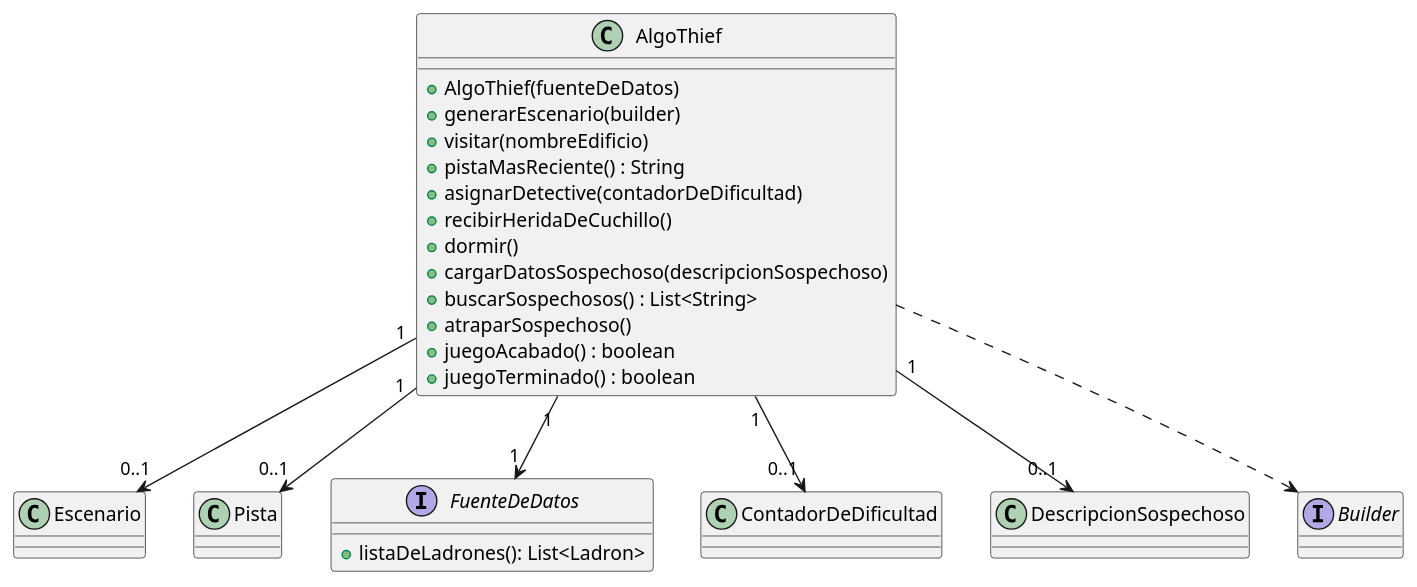
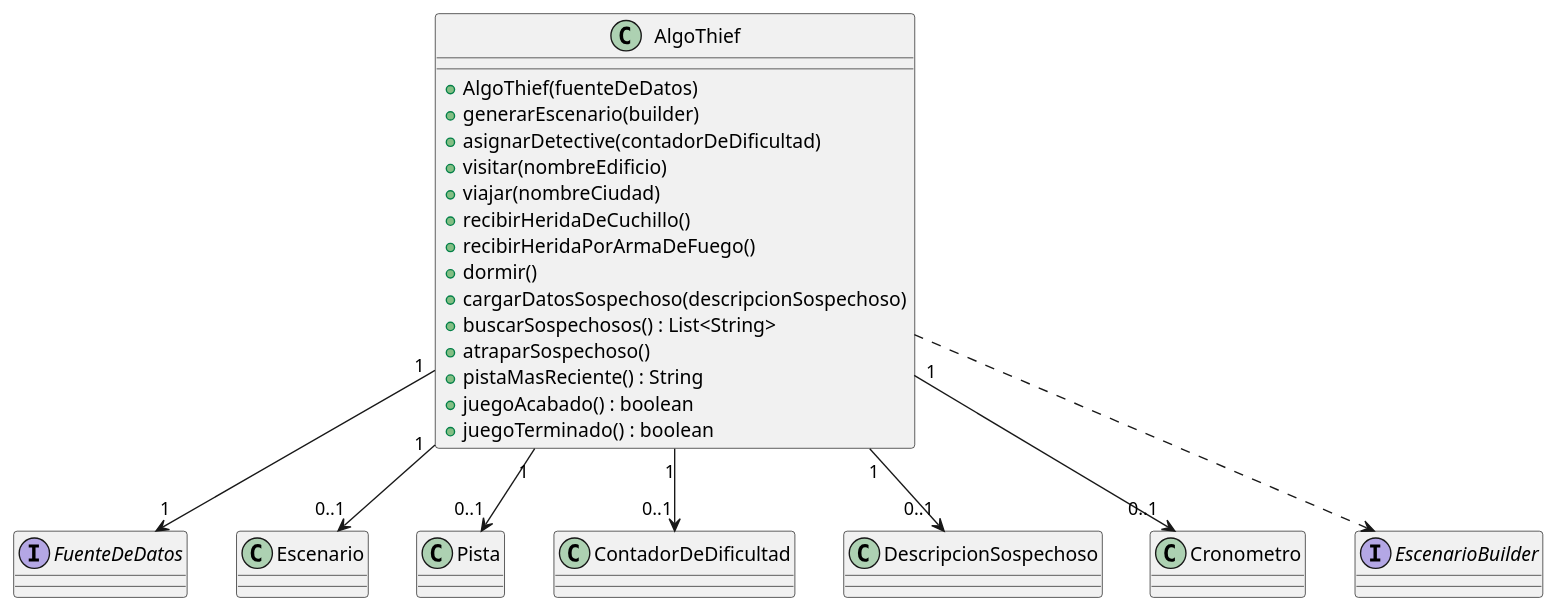
Before and after one commit to MegaRedHand/algo-thief: the diagram in diagrams/classes/clase_algothief.plantuml, drawn with PlantUML. The commit also changed 37 other files, not shown here.

Commit message:
docs: actualizo los diagramas de clase

```diff
--- a/diagrams/classes/clase_algothief.plantuml
+++ b/diagrams/classes/clase_algothief.plantuml
@@ -1,30 +1,31 @@
 @startuml
 
 class AlgoThief {
     + AlgoThief(fuenteDeDatos)
     + generarEscenario(builder)
+    + asignarDetective(contadorDeDificultad)
     + visitar(nombreEdificio)
-    + pistaMasReciente() : String
-    + asignarDetective(contadorDeDificultad)
+    + viajar(nombreCiudad)
     + recibirHeridaDeCuchillo()
+    + recibirHeridaPorArmaDeFuego()
     + dormir()
     + cargarDatosSospechoso(descripcionSospechoso)
     + buscarSospechosos() : List<String>
     + atraparSospechoso()
+    + pistaMasReciente() : String
     + juegoAcabado() : boolean
     + juegoTerminado() : boolean
 }
 
+AlgoThief "1" --> "1" FuenteDeDatos
 AlgoThief "1" --> "0..1" Escenario
 AlgoThief "1" --> "0..1" Pista
-AlgoThief "1" --> "1" FuenteDeDatos
 AlgoThief "1" --> "0..1" ContadorDeDificultad
 AlgoThief "1" --> "0..1" DescripcionSospechoso
-AlgoThief ..> Builder
+AlgoThief "1" --> "0..1" Cronometro
+AlgoThief ..> EscenarioBuilder
 
-interface Builder
-interface FuenteDeDatos {
-    + listaDeLadrones(): List<Ladron>
-}
+interface EscenarioBuilder
+interface FuenteDeDatos
 
 @enduml
```
